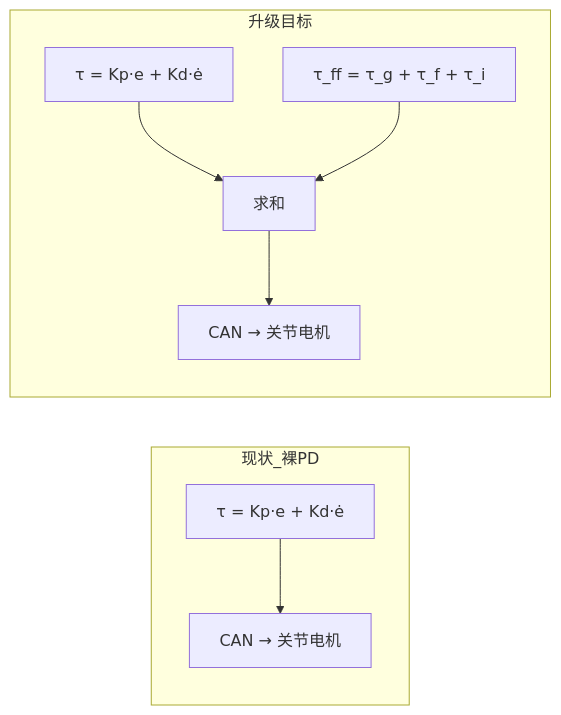
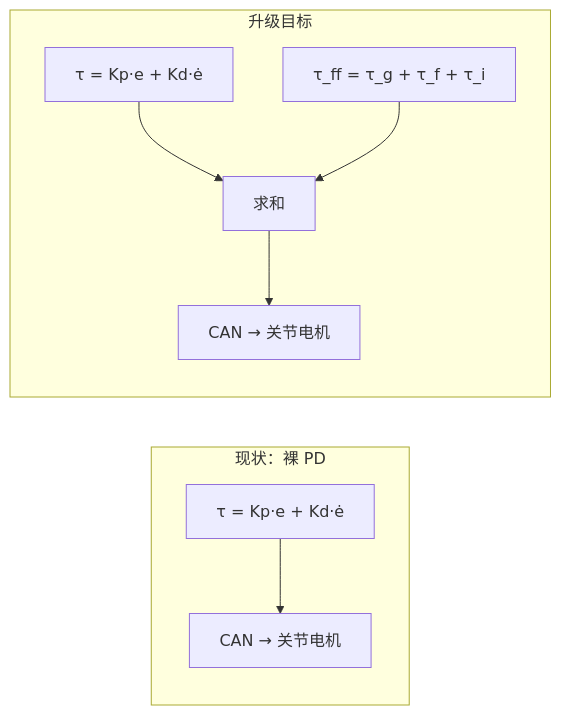
The fourth of 7 diagrams in dev/mit-pd-feedforward-signal-chain/doc.md (shuyx/xc-robot2lab), drawn with Mermaid before and after one commit. The commit also changed other lines of this file and 105 other files, not shown here.

````diff
--- a/dev/mit-pd-feedforward-signal-chain/doc.md
+++ b/dev/mit-pd-feedforward-signal-chain/doc.md
@@ -169,11 +171,11 @@
 ```mermaid
 flowchart LR
-    subgraph 现状_裸PD
+    subgraph PD_current["现状：裸 PD"]
         A1["τ = Kp·e + Kd·ė"] --> A2["CAN → 关节电机"]
     end
-    subgraph 升级目标
+    subgraph PD_target["升级目标"]
         B1["τ = Kp·e + Kd·ė"] --> B3["求和"]
         B2["τ_ff = τ_g + τ_f + τ_i"] --> B3
         B3 --> B4["CAN → 关节电机"]
     end
 ```
````
